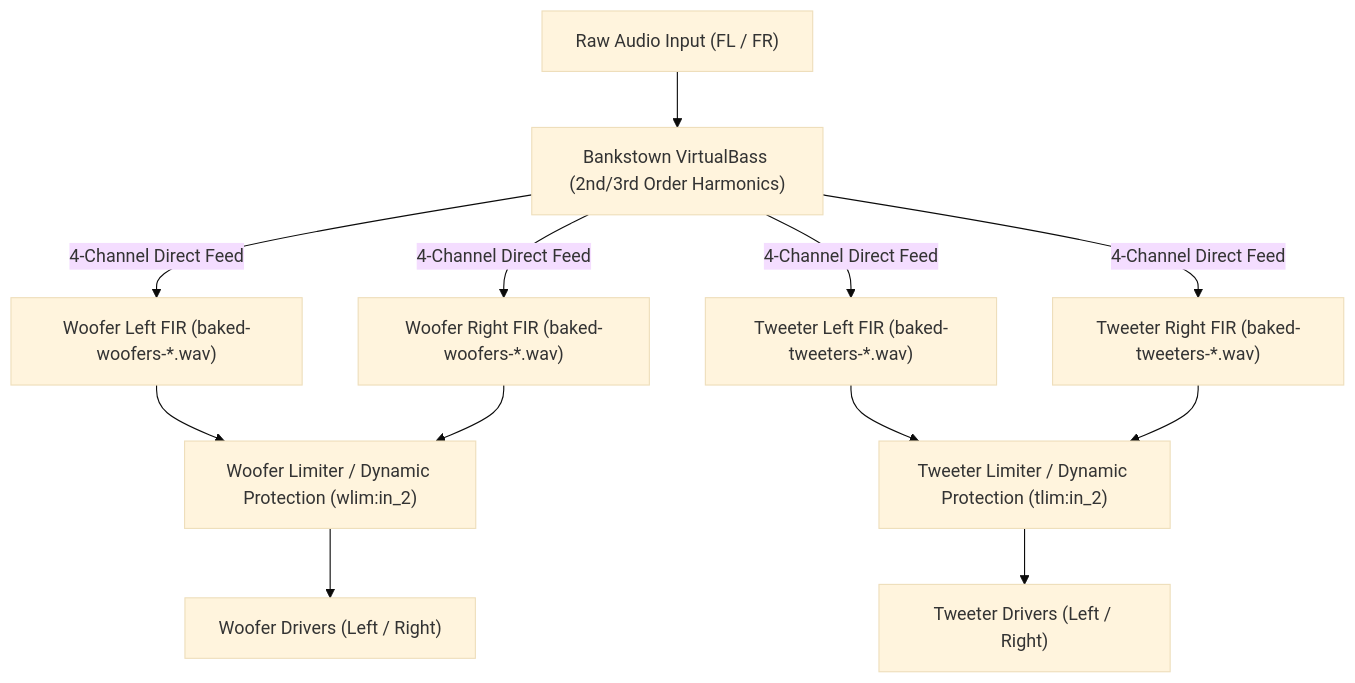
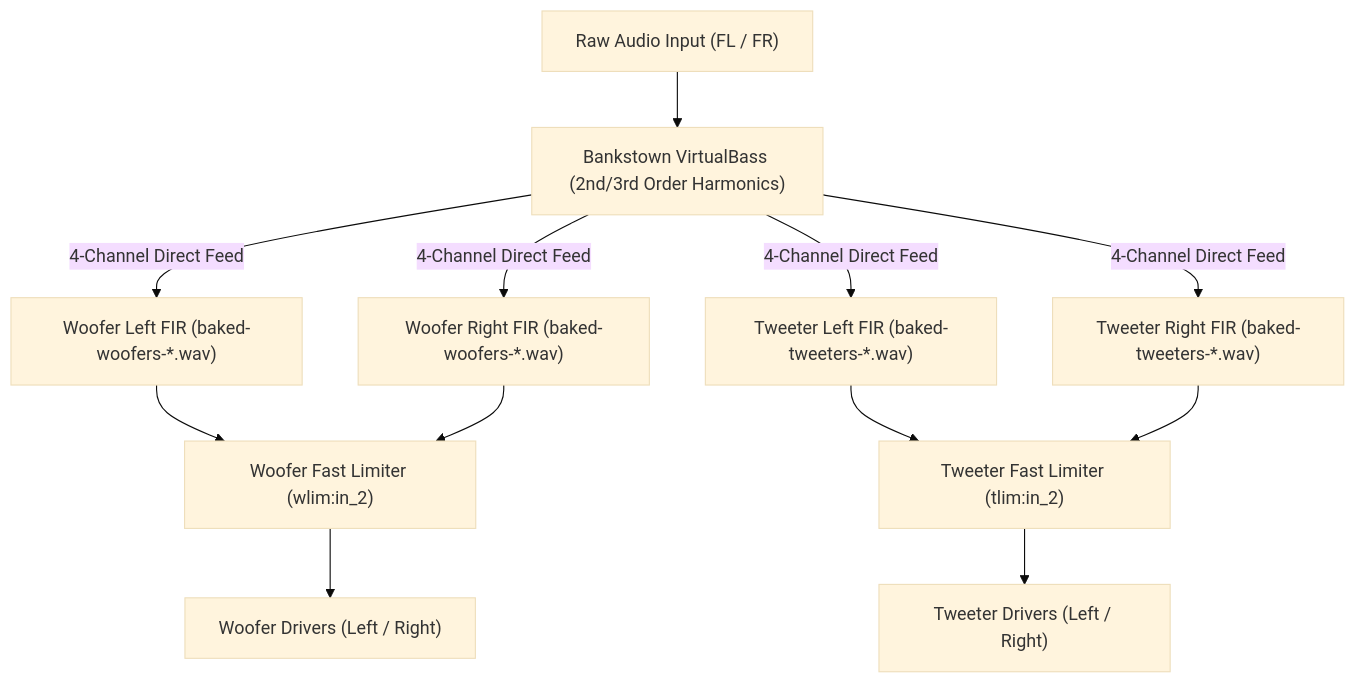
One commit to mynameisdeleted/mbp15-1-audio-dsp changed the first of 2 diagrams in ARCHITECTURE.md. Above: the diagram before and after it, drawn with Mermaid (base theme). The commit also changed other lines of this file and 4 other files, not shown here.

````diff
--- a/ARCHITECTURE.md
+++ b/ARCHITECTURE.md
@@ -28,16 +28,17 @@
 ```mermaid
 graph TD
     A["Raw Audio Input (FL / FR)"] --> B["Bankstown VirtualBass (2nd/3rd Order Harmonics)"]
     B -->|4-Channel Direct Feed| C1["Woofer Left FIR (baked-woofers-*.wav)"]
     B -->|4-Channel Direct Feed| C2["Woofer Right FIR (baked-woofers-*.wav)"]
     B -->|4-Channel Direct Feed| D1["Tweeter Left FIR (baked-tweeters-*.wav)"]
     B -->|4-Channel Direct Feed| D2["Tweeter Right FIR (baked-tweeters-*.wav)"]
     
-    C1 --> E1["Woofer Limiter / Dynamic Protection (wlim:in_1)"]
-    C2 --> E1["Woofer Limiter / Dynamic Protection (wlim:in_2)"]
-    D1 --> F1["Tweeter Limiter / Dynamic Protection (tlim:in_1)"]
-    D2 --> F1["Tweeter Limiter / Dynamic Protection (tlim:in_2)"]
+    C1 --> E1["Woofer Fast Limiter (wlim:in_1)"]
+    C2 --> E1["Woofer Fast Limiter (wlim:in_2)"]
+
+    D1 --> F1["Tweeter Fast Limiter (tlim:in_1)"]
+    D2 --> F1["Tweeter Fast Limiter (tlim:in_2)"]
 
     E1 --> G1["Woofer Drivers (Left / Right)"]
     F1 --> G2["Tweeter Drivers (Left / Right)"]
 ```
````
